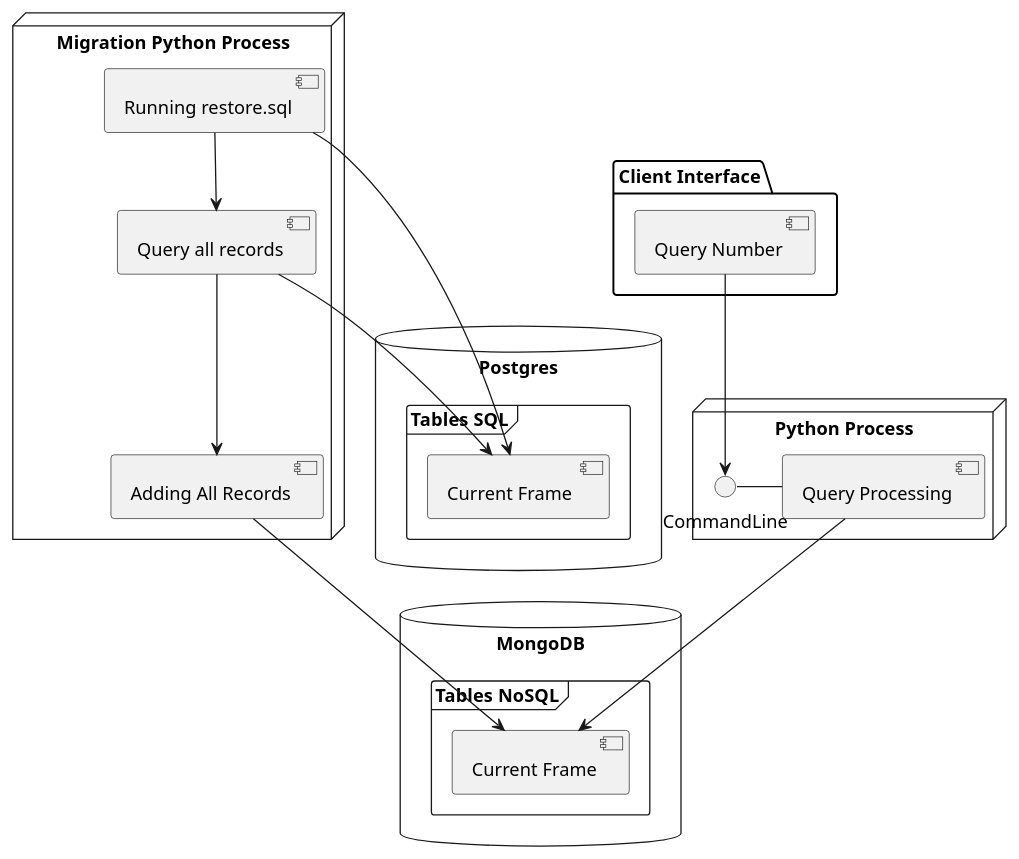
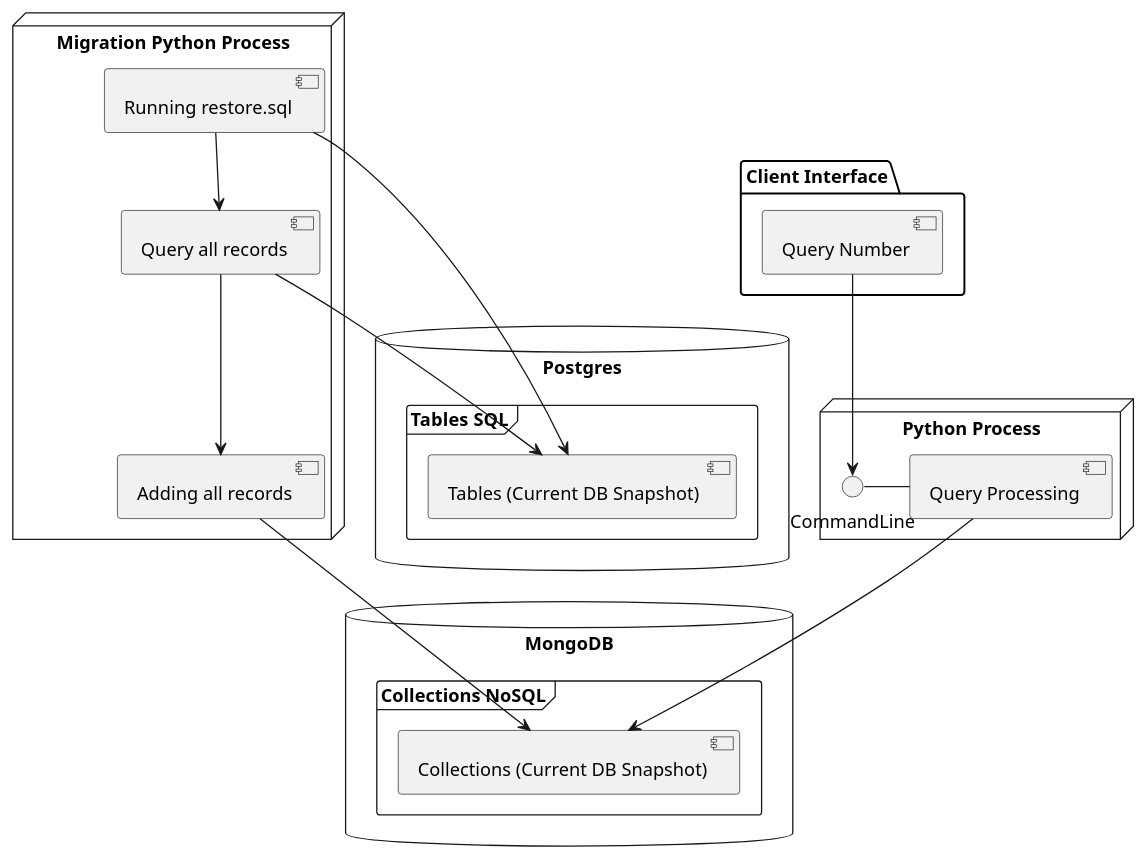
The diagram in Assignments/Assignment1/src/component.wsd (hany606/DMD2_Spring19IU), drawn with PlantUML before and after one commit. The commit also changed 4 other files, not shown here.

Commit message:
[Assignment1] Enhance the diagrams

```diff
--- a/Assignments/Assignment1/src/component.wsd
+++ b/Assignments/Assignment1/src/component.wsd
@@ -1,39 +1,39 @@
 @startuml
 
 package "Client Interface" {
   [Query Number]
 }
  
 node "Python Process" {
   CommandLine - [Query Processing]
   [Query Number] --> CommandLine
 
 } 
 
 node "Migration Python Process" {
   [Running restore.sql] --> [Query all records]
-  [Query all records] --> [Adding All Records]
+  [Query all records] --> [Adding all records]
 
 
 } 
 
 database "MongoDB" {
-  frame "Tables NoSQL" {
-	[Current Frame]
+  frame "Collections NoSQL" {
+	[Collections (Current DB Snapshot)]
   }
 }
 
 database "Postgres" {
   frame "Tables SQL" {
-	  [Current Frame ]
+	  [Tables (Current DB Snapshot) ]
   }
 }
 
 
-[Query Processing] --> [Current Frame]
-[Running restore.sql] --> [Current Frame ]
-[Query all records] --> [Current Frame ]
-[Adding All Records] --> [Current Frame]
+[Query Processing] --> [Collections (Current DB Snapshot)]
+[Running restore.sql] --> [Tables (Current DB Snapshot) ]
+[Query all records] --> [Tables (Current DB Snapshot) ]
+[Adding all records] --> [Collections (Current DB Snapshot)]
 
 
 @enduml
```
